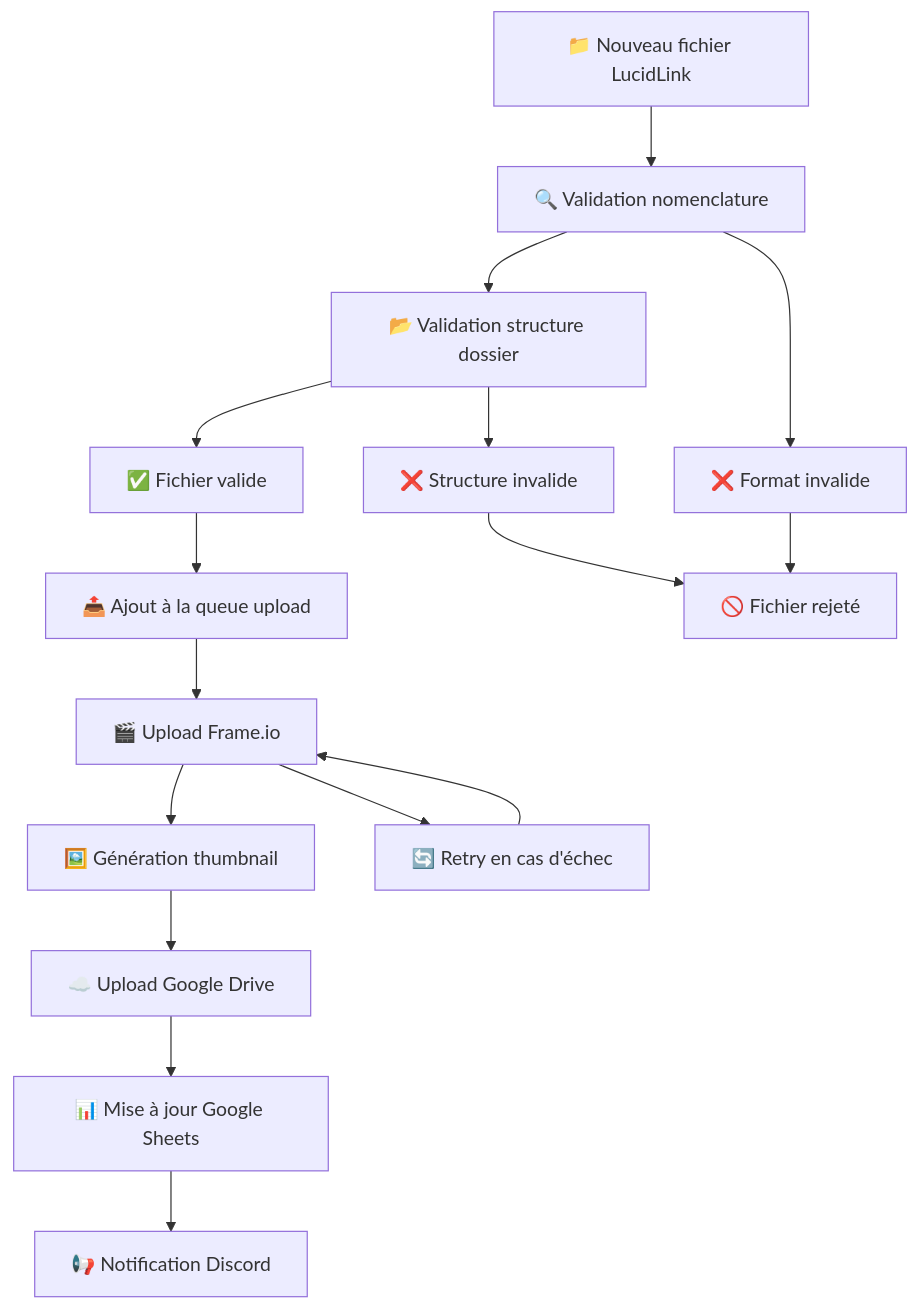
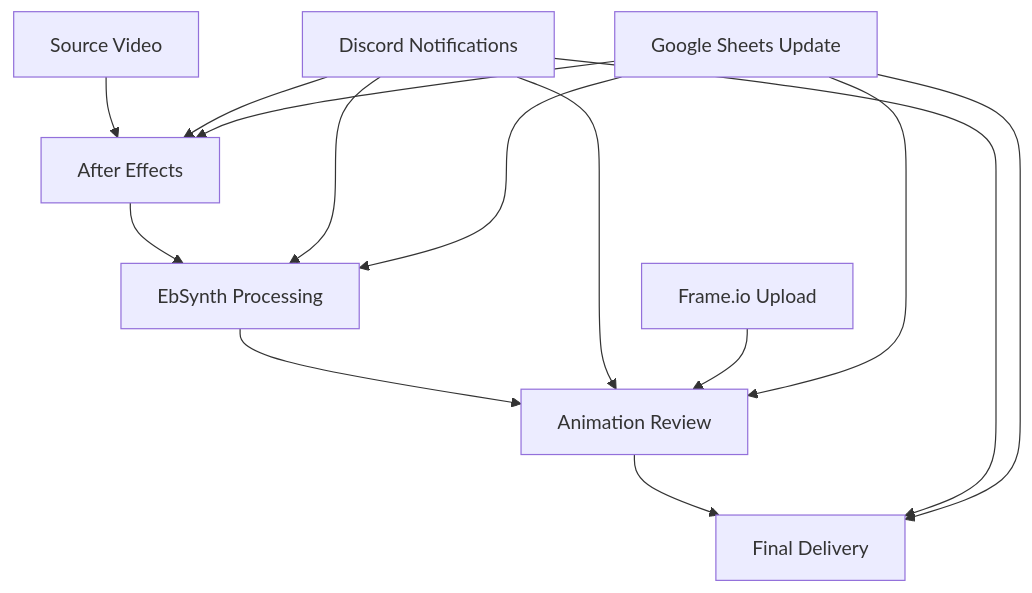
Before and after one commit to resizelab/rl_postflow: the diagram in .github/README.md, drawn with Mermaid. The commit also changed other lines of this file and 57 other files, not shown here.

````diff
--- a/.github/README.md
+++ b/.github/README.md
@@ -177,20 +103,18 @@
 ```mermaid
 graph TD
-    A[📁 Nouveau fichier LucidLink] --> B[🔍 Validation nomenclature]
-    B --> C[📂 Validation structure dossier]
-    C --> D[✅ Fichier valide]
-    D --> E[📤 Ajout à la queue upload]
-    E --> F[🎬 Upload Frame.io]
-    F --> G[🖼️ Génération thumbnail]
-    G --> H[☁️ Upload Google Drive]
-    H --> I[📊 Mise à jour Google Sheets]
-    I --> J[📢 Notification Discord]
+    A[Source Video] --> B[After Effects]
+    B --> C[EbSynth Processing]
+    C --> D[Animation Review]
+    D --> E[Final Delivery]
     
-    B --> K[❌ Format invalide]
-    C --> L[❌ Structure invalide]
-    K --> M[🚫 Fichier rejeté]
-    L --> M
+    F[Discord Notifications] --> B
+    F --> C
+    F --> D
+    F --> E
     
-    F --> N[🔄 Retry en cas d'échec]
-    N --> F
+    G[Frame.io Upload] --> D
+    H[Google Sheets Update] --> B
+    H --> C
+    H --> D
+    H --> E
 ```
````
